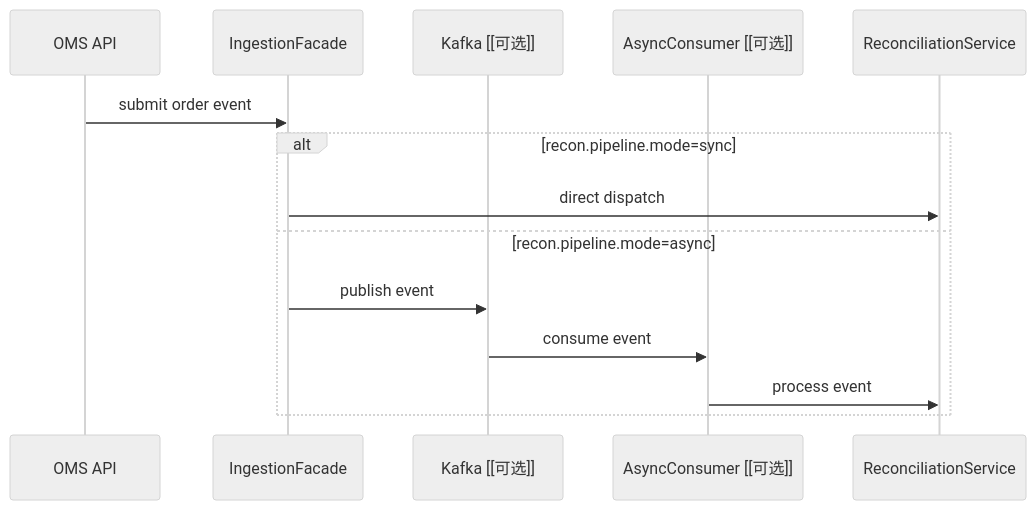
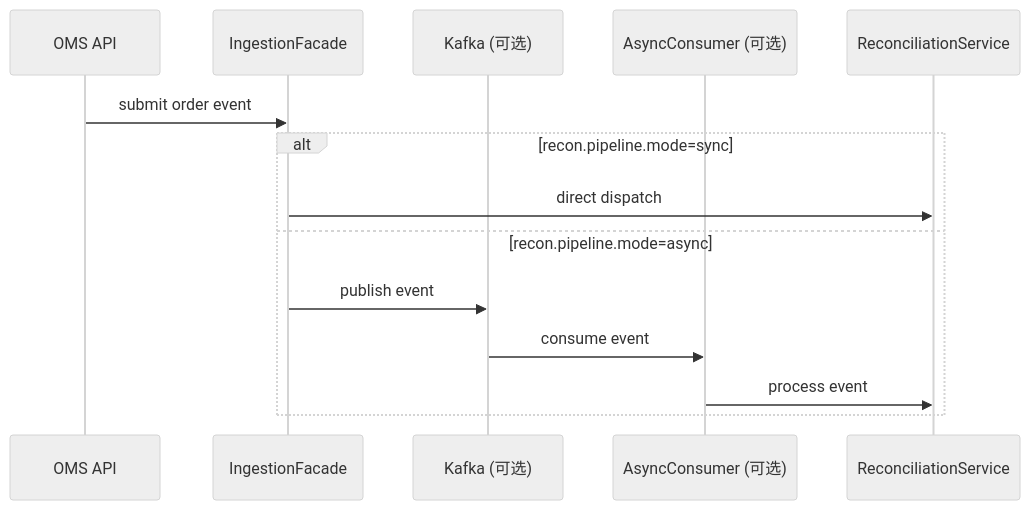
The fourth of 4 diagrams in docs/java-poc-design.md (faith101wan/POC_Challenge), drawn with Mermaid (neutral theme) before and after one commit. The commit also changed other lines of this file, not shown here.

````diff
--- a/docs/java-poc-design.md
+++ b/docs/java-poc-design.md
@@ -144,17 +144,17 @@
 ```mermaid
 sequenceDiagram
     participant O as OMS API
     participant I as IngestionFacade
-    participant K as Kafka [[可选]]
-    participant C as AsyncConsumer [[可选]]
+    participant K as Kafka (可选)
+    participant C as AsyncConsumer (可选)
     participant R as ReconciliationService
 
     O->>I: submit order event
     alt recon.pipeline.mode=sync
       I->>R: direct dispatch
     else recon.pipeline.mode=async
       I->>K: publish event
       K->>C: consume event
       C->>R: process event
     end
 ```
````
